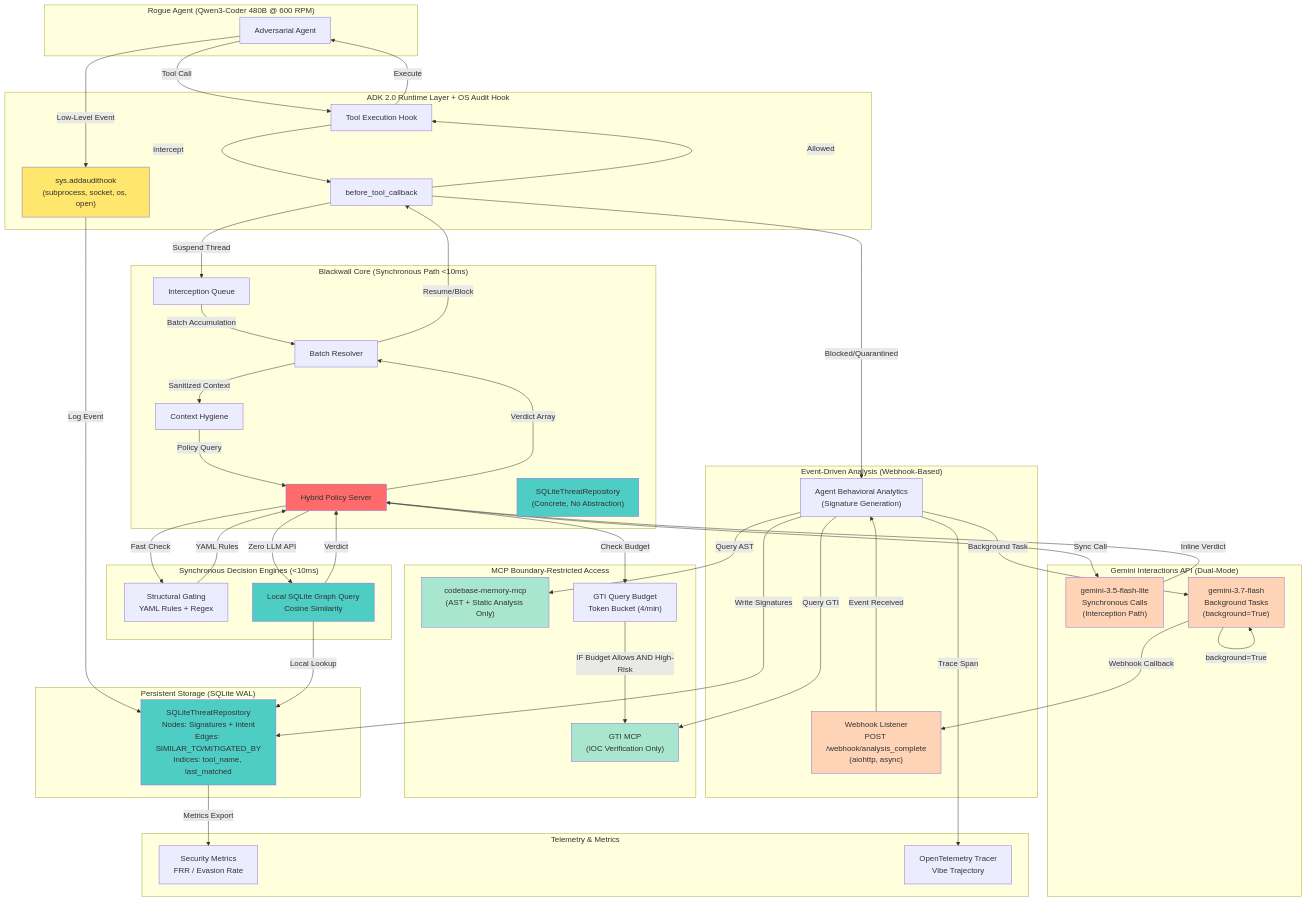
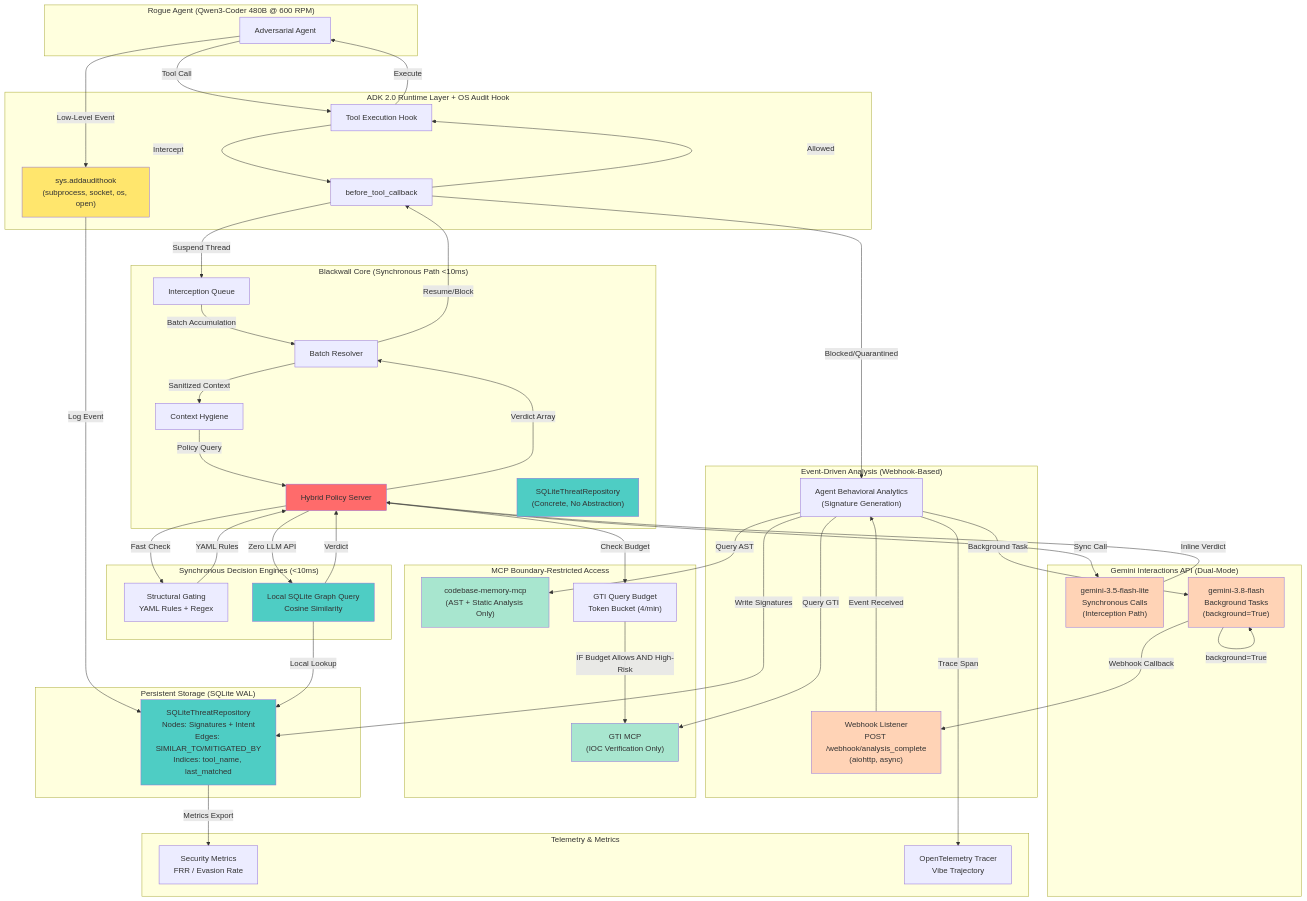
One commit to JAaron93/Blackwall changed the first of 2 diagrams in .kiro/specs/blackwall-agentic-firewall/design.md. Above: the diagram before and after it, drawn with Mermaid. The commit also changed other lines of this file and 26 other files, not shown here.

First line of the commit message:
feat(models): upgrade deep reasoning & evaluation from Gemini 3.7 Flash to Gemini 3.8 Flash

```diff
--- a/.kiro/specs/blackwall-agentic-firewall/design.md
+++ b/.kiro/specs/blackwall-agentic-firewall/design.md
@@ -71,7 +71,7 @@
 
     subgraph "Gemini Interactions API (Dual-Mode)"
         GEMINI_SYNC["gemini-3.5-flash-lite<br/>Synchronous Calls<br/>(Interception Path)"]
-        GEMINI_BG["gemini-3.7-flash<br/>Background Tasks<br/>(background=True)"]
+        GEMINI_BG["gemini-3.8-flash<br/>Background Tasks<br/>(background=True)"]
     end
 
     subgraph "Persistent Storage (SQLite WAL)"
```
